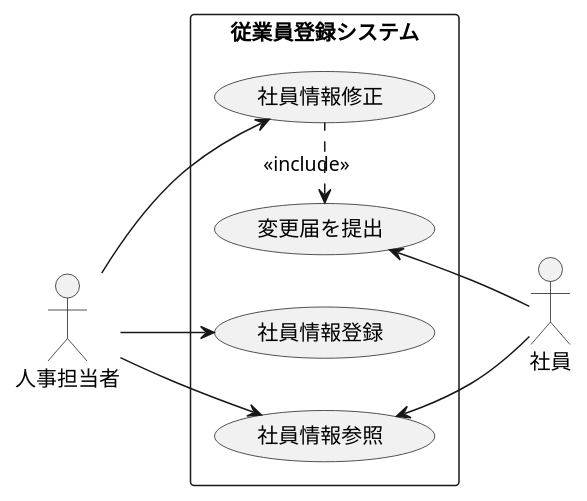
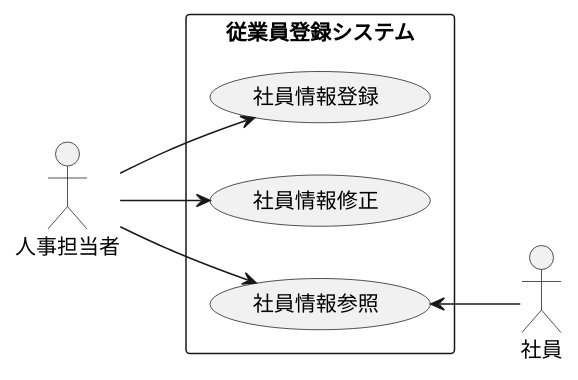
Before and after one commit to khhhhk/uml-introduction: the diagram in 演習2-6_盛岡システム_従業員登録システム.pu, drawn with PlantUML.

Commit message:
演習2-6の修正

```diff
--- a/演習2-6_盛岡システム_従業員登録システム.pu
+++ b/演習2-6_盛岡システム_従業員登録システム.pu
@@ -1,13 +1,11 @@
 @startuml
 left to right direction
 actor 人事担当者
 actor 社員
 rectangle 従業員登録システム {
   人事担当者 --> (社員情報登録)
   人事担当者 --> (社員情報修正)
   人事担当者 --> (社員情報参照)
   (社員情報参照) <-- 社員
-  (変更届を提出) <-- 社員
-  (変更届を提出) <. 社員情報修正 : <<include>>
 }
 @enduml
```
